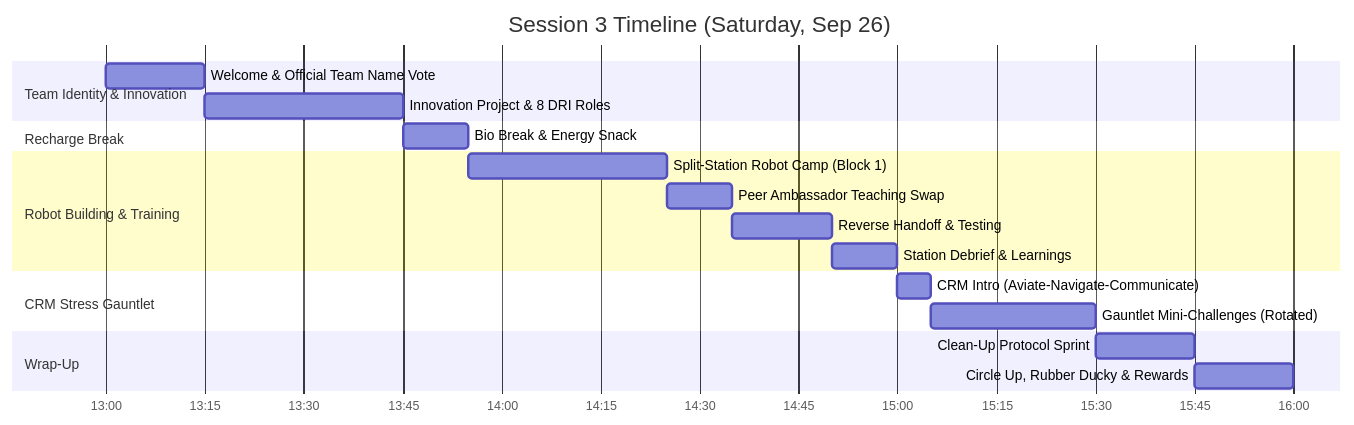
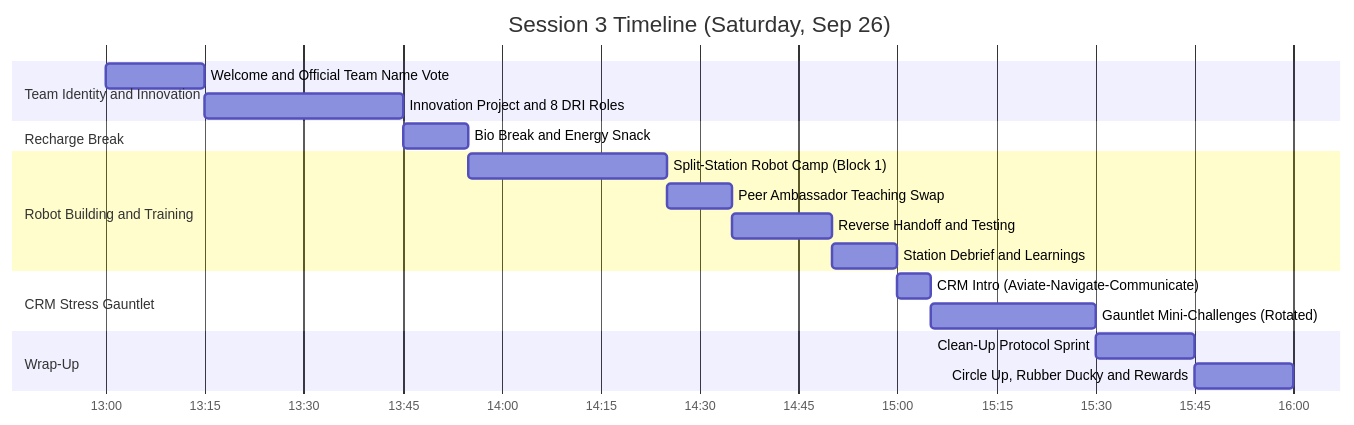
Before and after one commit to jaimeyu/FLL_76265_2026_BIOGLOW: the first of 3 diagrams in doc/mentors/plan/2026-sept-26.md, drawn with Mermaid. The commit also changed other lines of this file, not shown here.

````diff
--- a/doc/mentors/plan/2026-sept-26.md
+++ b/doc/mentors/plan/2026-sept-26.md
@@ -56,27 +56,27 @@
 ```mermaid
 gantt
     title Session 3 Timeline (Saturday, Sep 26)
     dateFormat HH:mm
     axisFormat %H:%M
 
-    section Team Identity & Innovation
-    Welcome & Official Team Name Vote   : 13:00, 15m
-    Innovation Project & 8 DRI Roles    : 13:15, 30m
+    section Team Identity and Innovation
+    Welcome and Official Team Name Vote : 13:00, 15m
+    Innovation Project and 8 DRI Roles  : 13:15, 30m
 
     section Recharge Break
-    Bio Break & Energy Snack            : 13:45, 10m
+    Bio Break and Energy Snack          : 13:45, 10m
 
-    section Robot Building & Training
+    section Robot Building and Training
     Split-Station Robot Camp (Block 1)  : 13:55, 30m
     Peer Ambassador Teaching Swap       : 14:25, 10m
-    Reverse Handoff & Testing           : 14:35, 15m
-    Station Debrief & Learnings         : 14:50, 10m
+    Reverse Handoff and Testing         : 14:35, 15m
+    Station Debrief and Learnings       : 14:50, 10m
 
     section CRM Stress Gauntlet
     CRM Intro (Aviate-Navigate-Communicate) : 15:00, 05m
     Gauntlet Mini-Challenges (Rotated)      : 15:05, 25m
 
     section Wrap-Up
     Clean-Up Protocol Sprint            : 15:30, 15m
-    Circle Up, Rubber Ducky & Rewards   : 15:45, 15m
+    Circle Up, Rubber Ducky and Rewards : 15:45, 15m
 ```
````
